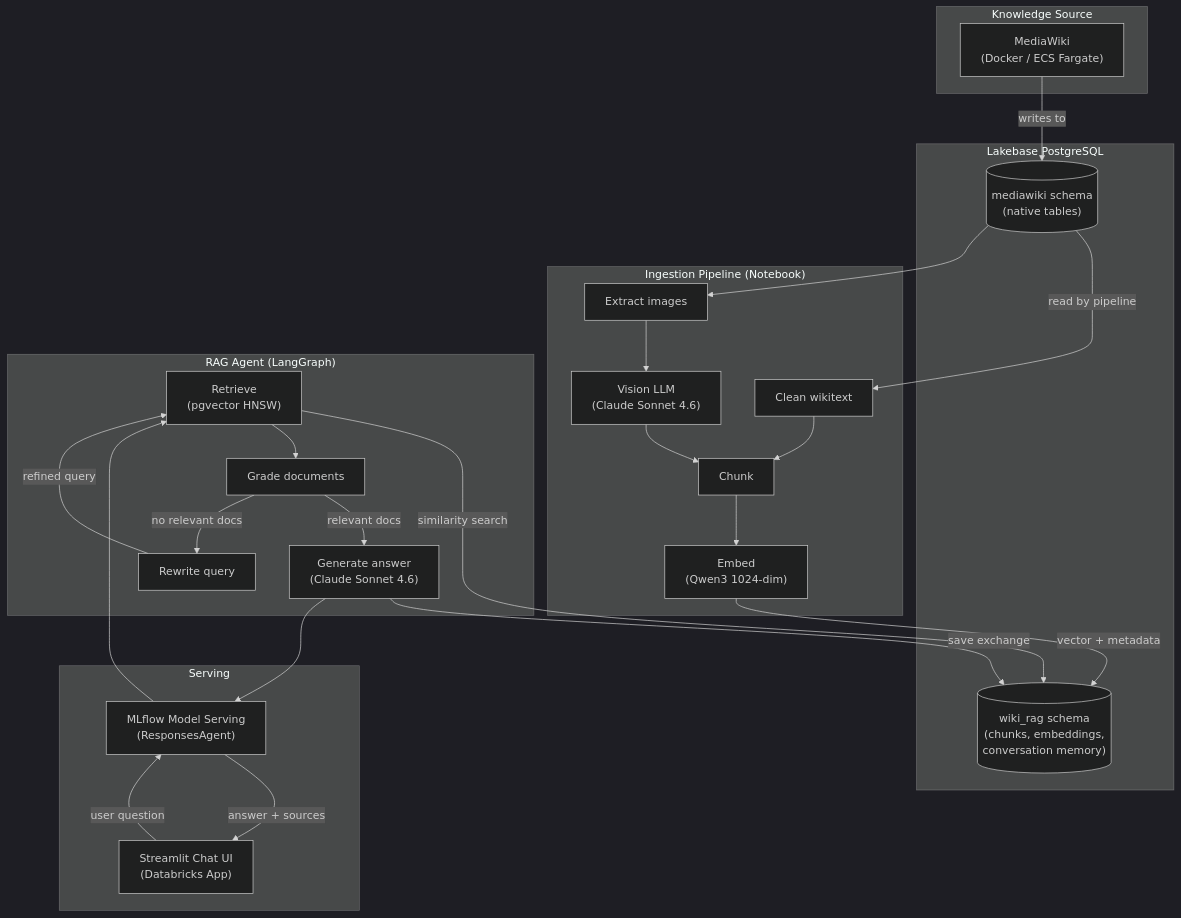
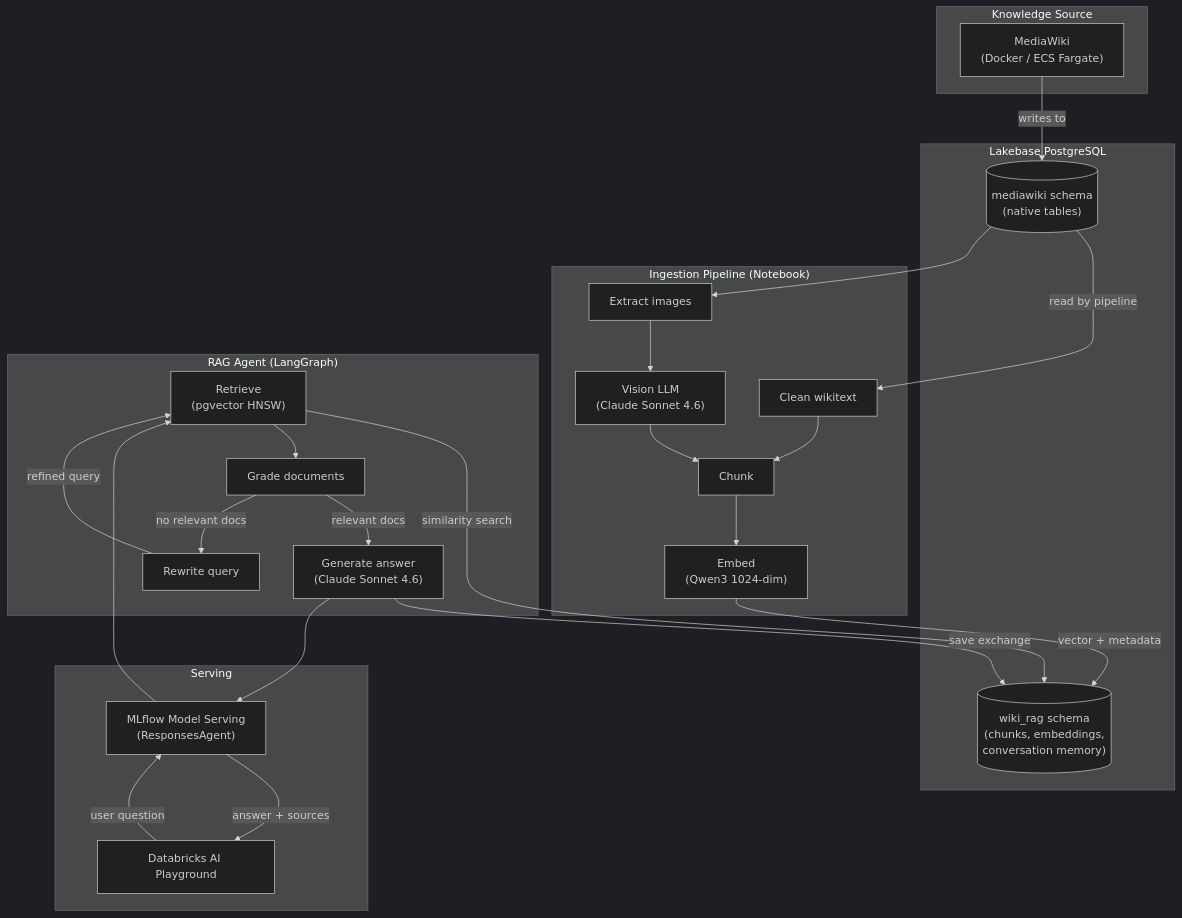
The diagram in README.md (allexlima/wiki-rag-dtbricks), drawn with Mermaid (dark theme) before and after one commit. The commit also changed other lines of this file and 17 other files, not shown here.

````diff
--- a/README.md
+++ b/README.md
@@ -118,51 +119,51 @@
 ```mermaid
 flowchart TB
     subgraph Sources["Knowledge Source"]
         MW["MediaWiki\n(Docker / ECS Fargate)"]
     end
 
     subgraph Lakebase["Lakebase PostgreSQL"]
         MW_SCHEMA[("mediawiki schema\n(native tables)")]
         RAG_SCHEMA[("wiki_rag schema\n(chunks, embeddings,\nconversation memory)")]
     end
 
     subgraph Pipeline["Ingestion Pipeline (Notebook)"]
         CLEAN["Clean wikitext"]
         IMAGES["Extract images"]
         CAPTION["Vision LLM\n(Claude Sonnet 4.6)"]
         CHUNK["Chunk"]
         EMBED["Embed\n(Qwen3 1024-dim)"]
     end
 
     subgraph Agent["RAG Agent (LangGraph)"]
         RETRIEVE["Retrieve\n(pgvector HNSW)"]
         GRADE["Grade documents"]
         REWRITE["Rewrite query"]
         GENERATE["Generate answer\n(Claude Sonnet 4.6)"]
     end
 
     subgraph Serving["Serving"]
         ENDPOINT["MLflow Model Serving\n(ResponsesAgent)"]
-        APP["Streamlit Chat UI\n(Databricks App)"]
+        PLAYGROUND["Databricks AI Playground"]
     end
 
     MW -->|writes to| MW_SCHEMA
     MW_SCHEMA -->|read by pipeline| CLEAN
     MW_SCHEMA --> IMAGES
     IMAGES --> CAPTION
     CLEAN --> CHUNK
     CAPTION --> CHUNK
     CHUNK --> EMBED
     EMBED -->|vector + metadata| RAG_SCHEMA
 
-    APP -->|user question| ENDPOINT
+    PLAYGROUND -->|user question| ENDPOINT
     ENDPOINT --> RETRIEVE
     RETRIEVE -->|similarity search| RAG_SCHEMA
     RETRIEVE --> GRADE
     GRADE -->|relevant docs| GENERATE
     GRADE -->|no relevant docs| REWRITE
     REWRITE -->|refined query| RETRIEVE
     GENERATE -->|save exchange| RAG_SCHEMA
     GENERATE --> ENDPOINT
-    ENDPOINT -->|answer + sources| APP
+    ENDPOINT -->|answer + sources| PLAYGROUND
 ```
````
